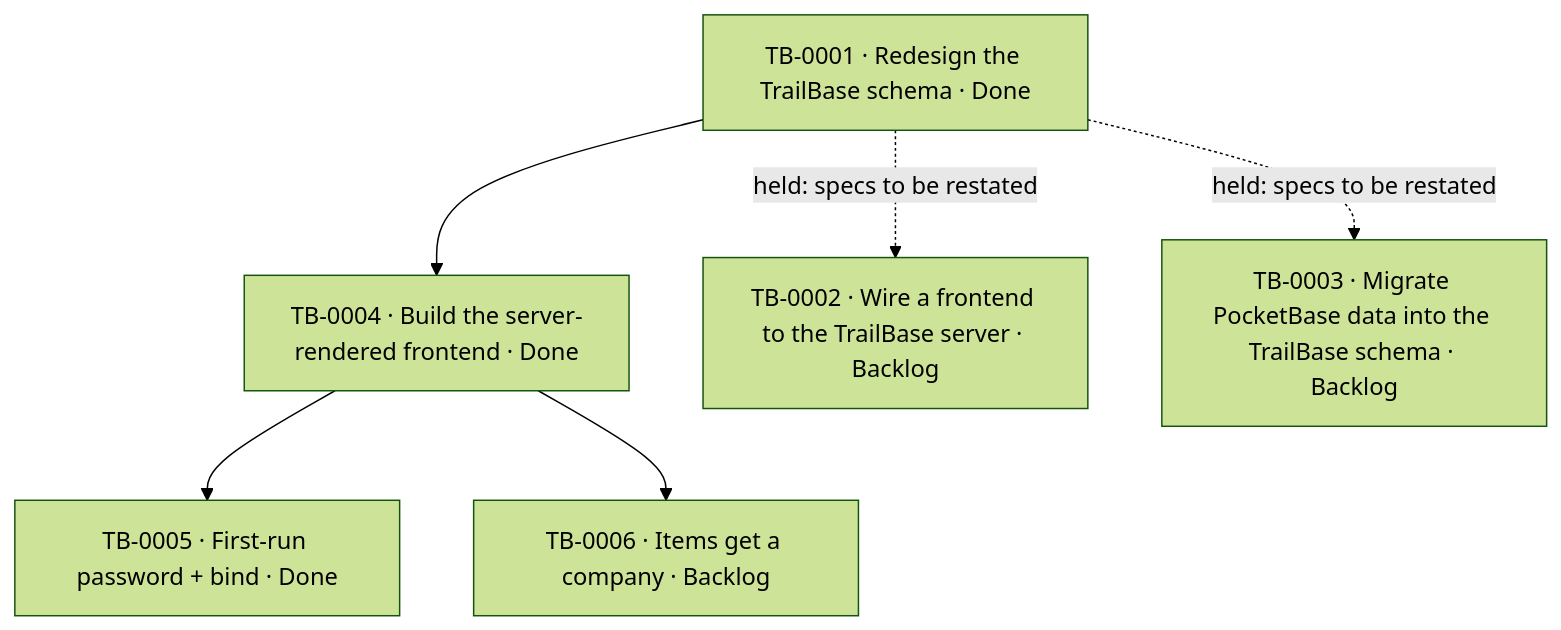
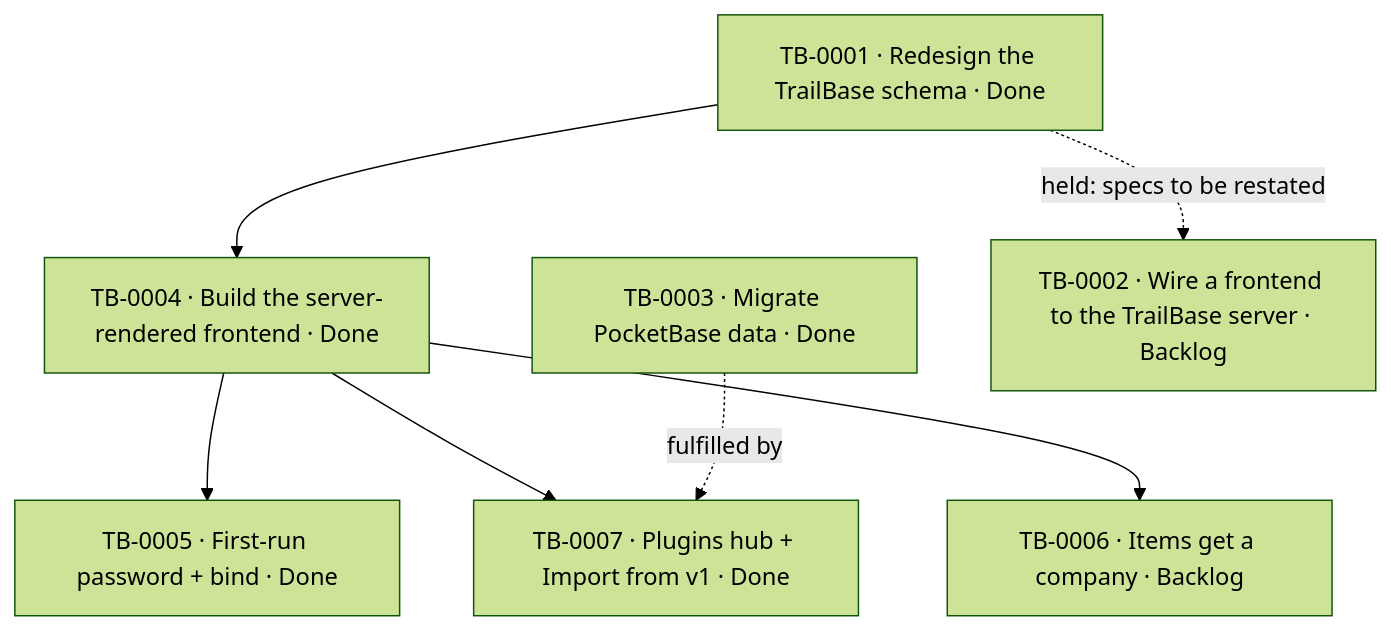
Before and after one commit to abdulhakam/aa_point_of_sale: the second of 2 diagrams in vault/projects/trailbase-backend.md, drawn with Mermaid (forest theme). The commit also changed other lines of this file and 22 other files, not shown here.

````diff
--- a/vault/projects/trailbase-backend.md
+++ b/vault/projects/trailbase-backend.md
@@ -155,14 +176,16 @@
 ```mermaid
 flowchart TD
   T1["TB-0001 · Redesign the TrailBase schema · Done"]
   T4["TB-0004 · Build the server-rendered frontend · Done"]
   T5["TB-0005 · First-run password + bind · Done"]
+  T3["TB-0003 · Migrate PocketBase data · Done"]
+  T7["TB-0007 · Plugins hub + Import from v1 · Done"]
   T6["TB-0006 · Items get a company · Backlog"]
   T2["TB-0002 · Wire a frontend to the TrailBase server · Backlog"]
-  T3["TB-0003 · Migrate PocketBase data into the TrailBase schema · Backlog"]
   T1 --> T4
   T4 --> T5
+  T4 --> T7
   T4 --> T6
+  T3 -.->|"fulfilled by"| T7
   T1 -.->|"held: specs to be restated"| T2
-  T1 -.->|"held: specs to be restated"| T3
 ```
````
